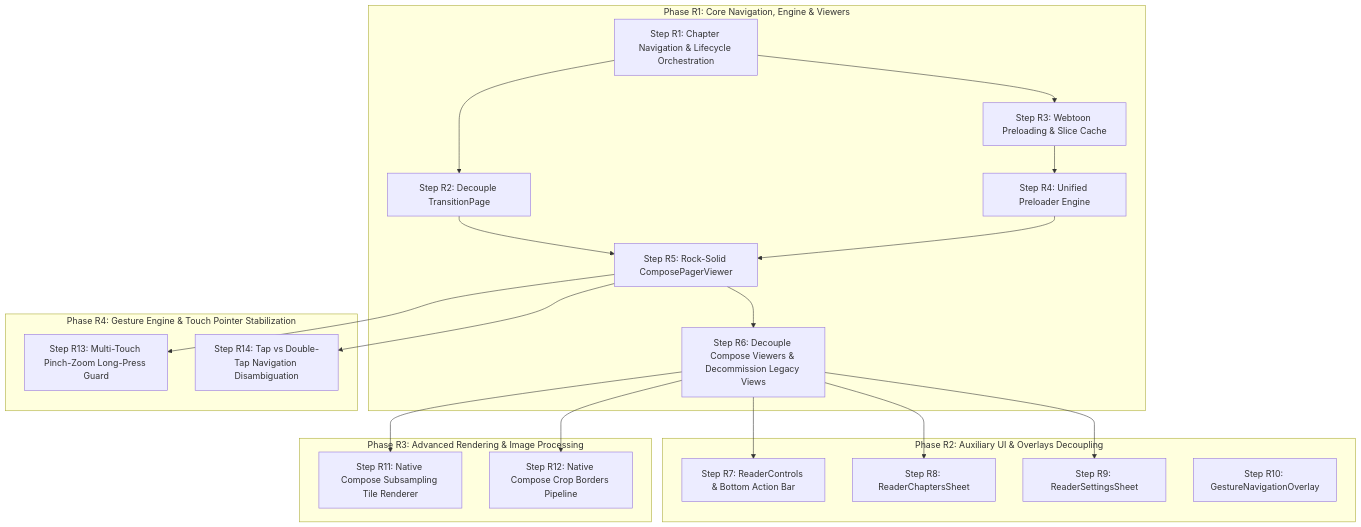
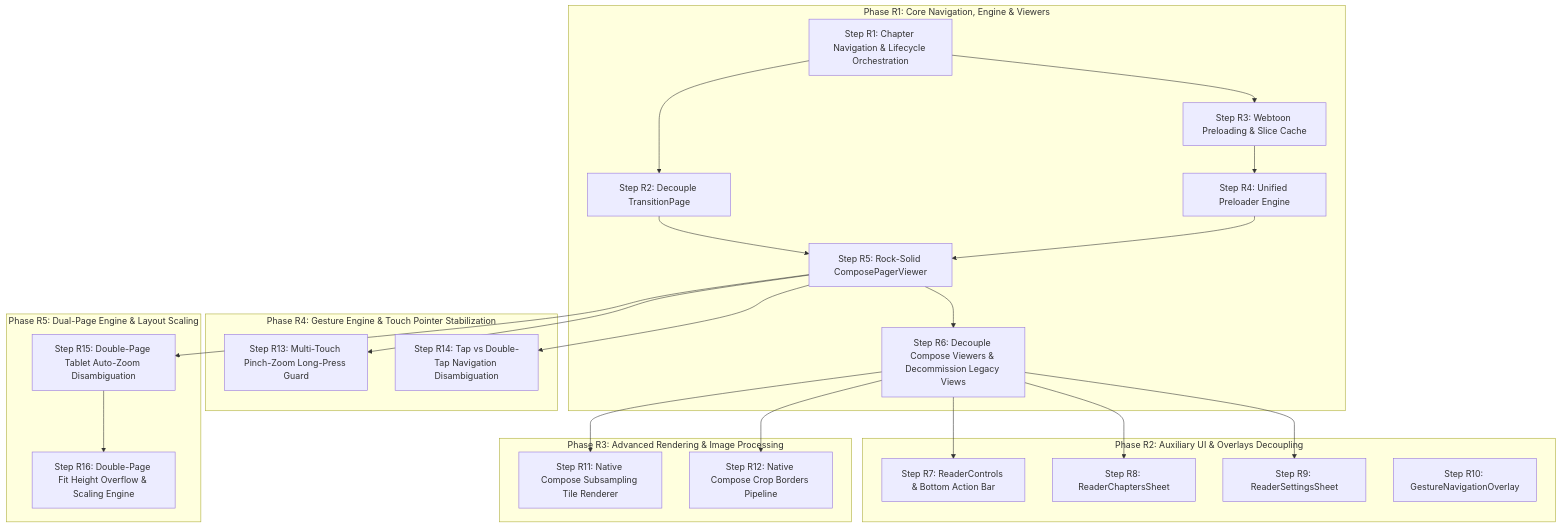
One commit to nekomangaorg/Neko changed the first of 2 diagrams in docs/proposals/README.md. Above: the diagram before and after it, drawn with Mermaid. The commit also changed other lines of this file and 2 other files, not shown here.

Commit message:
docs: add proposals for double-page tablet auto-zoom and fit-height scaling

````diff
--- a/docs/proposals/README.md
+++ b/docs/proposals/README.md
@@ -20,42 +20,49 @@
 ```mermaid
 flowchart TD
     subgraph PR1["Phase R1: Core Navigation, Engine & Viewers"]
         R1["Step R1: Chapter Navigation & Lifecycle Orchestration"]
         R2["Step R2: Decouple TransitionPage"]
         R3["Step R3: Webtoon Preloading & Slice Cache"]
         R4["Step R4: Unified Preloader Engine"]
         R5["Step R5: Rock-Solid ComposePagerViewer"]
         R6["Step R6: Decouple Compose Viewers & Decommission Legacy Views"]
     end
 
     subgraph PR2["Phase R2: Auxiliary UI & Overlays Decoupling"]
         R7["Step R7: ReaderControls & Bottom Action Bar"]
         R8["Step R8: ReaderChaptersSheet"]
         R9["Step R9: ReaderSettingsSheet"]
         R10["Step R10: GestureNavigationOverlay"]
     end
 
     subgraph PR3["Phase R3: Advanced Rendering & Image Processing"]
         R11["Step R11: Native Compose Subsampling Tile Renderer"]
         R12["Step R12: Native Compose Crop Borders Pipeline"]
     end
 
     subgraph PR4["Phase R4: Gesture Engine & Touch Pointer Stabilization"]
         R13["Step R13: Multi-Touch Pinch-Zoom Long-Press Guard"]
         R14["Step R14: Tap vs Double-Tap Navigation Disambiguation"]
     end
 
+    subgraph PR5["Phase R5: Dual-Page Engine & Layout Scaling"]
+        R15["Step R15: Double-Page Tablet Auto-Zoom Disambiguation"]
+        R16["Step R16: Double-Page Fit Height Overflow & Scaling Engine"]
+    end
+
     R1 --> R2
     R1 --> R3
     R3 --> R4
     R2 --> R5
     R4 --> R5
     R5 --> R6
     R5 --> R13
     R5 --> R14
+    R5 --> R15
+    R15 --> R16
     R6 --> R7
     R6 --> R8
     R6 --> R9
     R6 --> R11
     R6 --> R12
 ```
````
